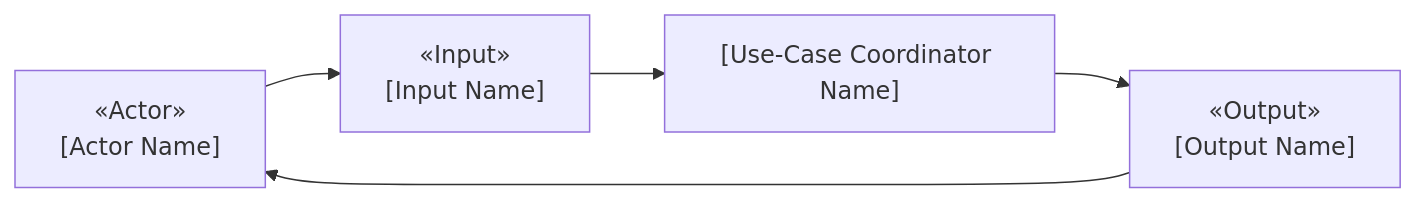
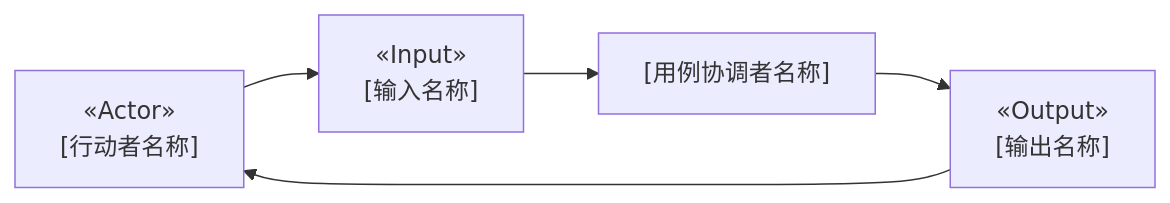
One commit to huang-xiao-jian/bluey changed the first of 3 diagrams in skills/oo-design-naive/references/design-document-template.md. Above: the diagram before and after it, drawn with Mermaid. The commit also changed other lines of this file and 8 other files, not shown here.

````diff
--- a/skills/oo-design-naive/references/design-document-template.md
+++ b/skills/oo-design-naive/references/design-document-template.md
@@ -22,12 +22,12 @@
 ```mermaid
 flowchart LR
-    actor["«Actor»<br/>[Actor Name]"]
-    input["«Input»<br/>[Input Name]"]
-    workflow["[Use-Case Coordinator Name]"]
-    output["«Output»<br/>[Output Name]"]
+    actor["«Actor»<br/>[行动者名称]"]
+    input["«Input»<br/>[输入名称]"]
+    workflow["[用例协调者名称]"]
+    output["«Output»<br/>[输出名称]"]
 
     actor --> input
     input --> workflow
     workflow --> output
     output --> actor
 ```
````
